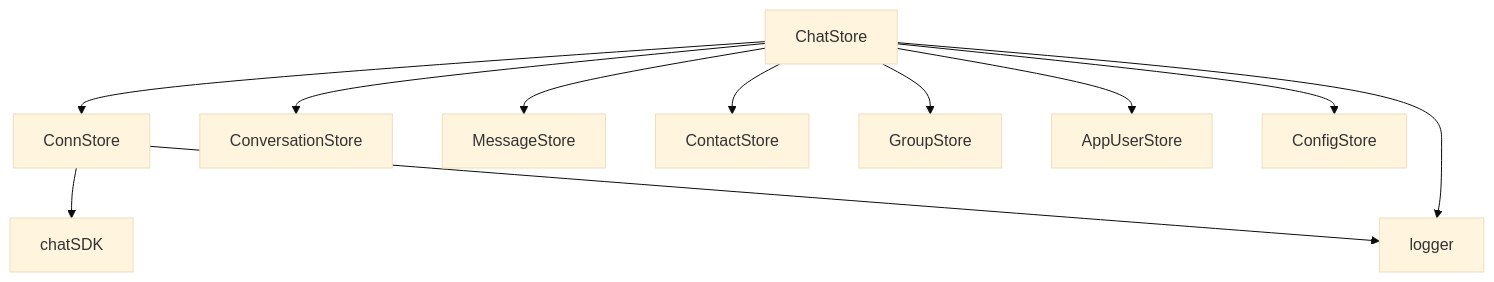
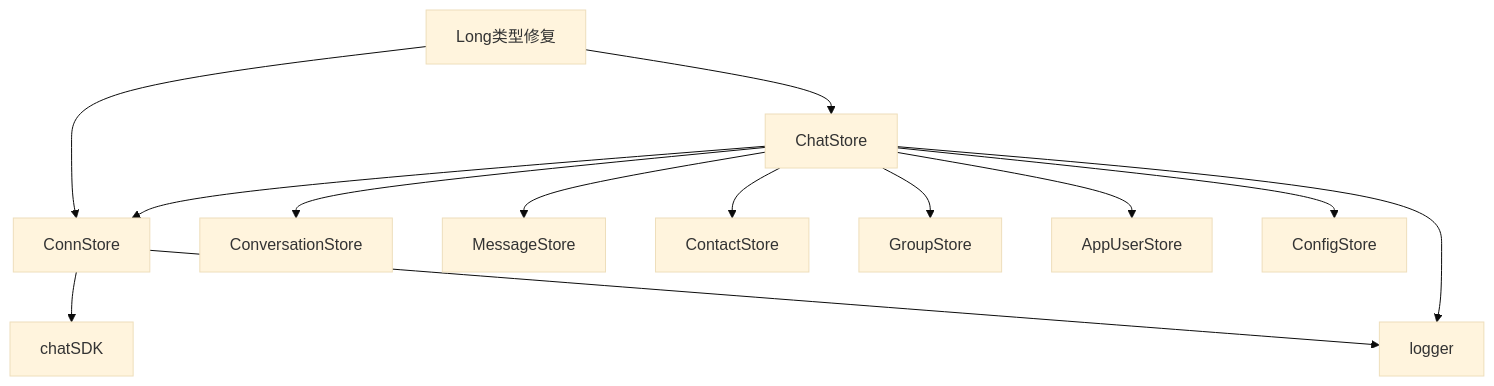
Before and after one commit to Easemob-Community/easemob-uikit-uniapp-community: the eighth of 8 diagrams in .qoder/repowiki/zh/content/核心架构/Store状态管理系统架构/连接状态管理.md, drawn with Mermaid (base theme). The commit also changed other lines of this file and 10 other files, not shown here.

````diff
--- a/.qoder/repowiki/zh/content/核心架构/Store状态管理系统架构/连接状态管理.md
+++ b/.qoder/repowiki/zh/content/核心架构/Store状态管理系统架构/连接状态管理.md
@@ -357,13 +374,15 @@
 ```mermaid
 graph TB
 Chat["ChatStore"] --> Conn["ConnStore"]
 Chat --> Conv["ConversationStore"]
 Chat --> Msg["MessageStore"]
 Chat --> Contact["ContactStore"]
 Chat --> Group["GroupStore"]
 Chat --> AppUser["AppUserStore"]
 Chat --> Config["ConfigStore"]
 Conn --> chatSDK["chatSDK"]
 Chat --> Logger["logger"]
 Conn --> Logger
+LongTypeFix["Long类型修复"] --> Conn
+LongTypeFix --> Chat
 ```
````
